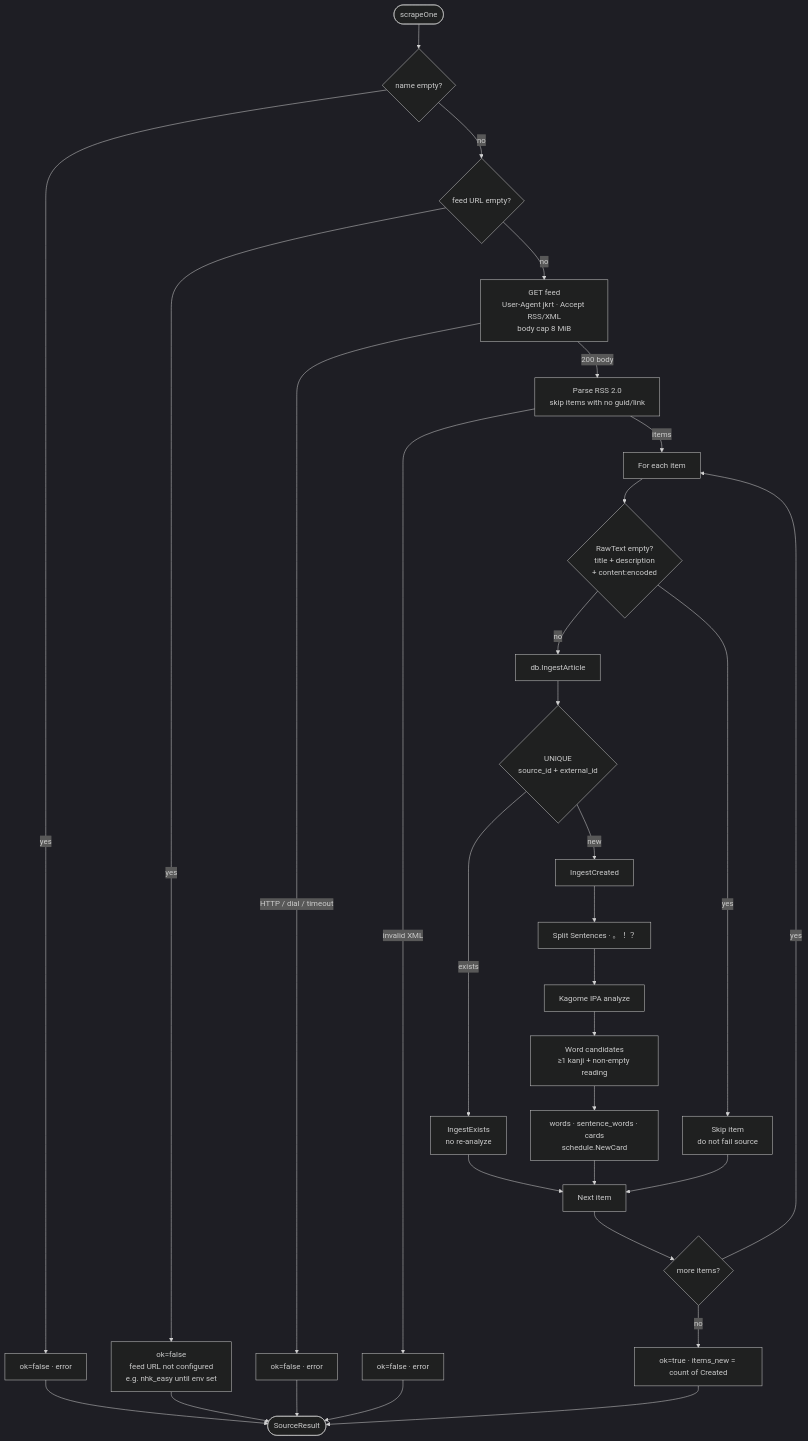
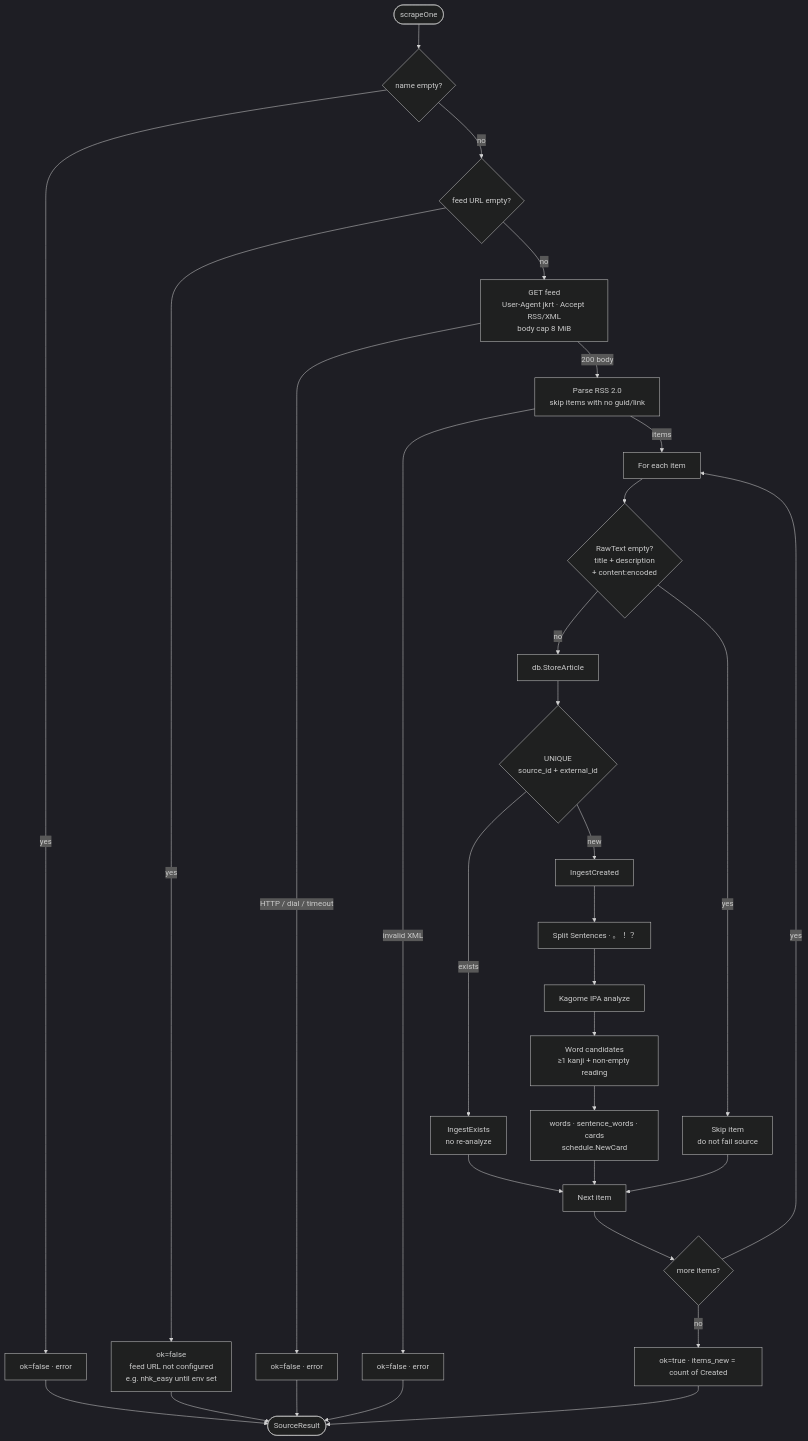
One commit to rikiisworking/jkrt changed the third of 7 diagrams in README.md. Above: the diagram before and after it, drawn with Mermaid (dark theme). The commit also changed other lines of this file and 9 other files, not shown here.

First line of the commit message:
refactor: drop scrape Analyzer and retire IngestArticle

````diff
--- a/README.md
+++ b/README.md
@@ -105,36 +105,36 @@
 ```mermaid
 flowchart TD
   Start([scrapeOne]) --> Name{name empty?}
   Name -->|yes| Err1[ok=false · error]
   Name -->|no| URL{feed URL empty?}
   URL -->|yes| Soft[ok=false<br/>feed URL not configured<br/>e.g. nhk_easy until env set]
   URL -->|no| Fetch[GET feed<br/>User-Agent jkrt · Accept RSS/XML<br/>body cap 8 MiB]
   Fetch -->|HTTP / dial / timeout| Err2[ok=false · error]
   Fetch -->|200 body| Parse[Parse RSS 2.0<br/>skip items with no guid/link]
   Parse -->|invalid XML| Err3[ok=false · error]
   Parse -->|items| Each[For each item]
 
   Each --> Raw{RawText empty?<br/>title + description<br/>+ content:encoded}
   Raw -->|yes| Skip[Skip item<br/>do not fail source]
-  Raw -->|no| Ingest[db.IngestArticle]
+  Raw -->|no| Ingest[db.StoreArticle]
 
   Ingest --> Dedupe{UNIQUE<br/>source_id + external_id}
   Dedupe -->|exists| Exists[IngestExists<br/>no re-analyze]
   Dedupe -->|new| Create[IngestCreated]
   Create --> Split[Split Sentences · 。！？]
   Split --> Kagome[Kagome IPA analyze]
   Kagome --> Cand[Word candidates<br/>≥1 kanji + non-empty reading]
   Cand --> Persist[words · sentence_words · cards<br/>schedule.NewCard]
   Exists --> NextItem[Next item]
   Persist --> NextItem
   Skip --> NextItem
   NextItem --> More{more items?}
   More -->|yes| Each
   More -->|no| OK[ok=true · items_new = count of Created]
 
   Err1 --> Done([SourceResult])
   Soft --> Done
   Err2 --> Done
   Err3 --> Done
   OK --> Done
 ```
````
